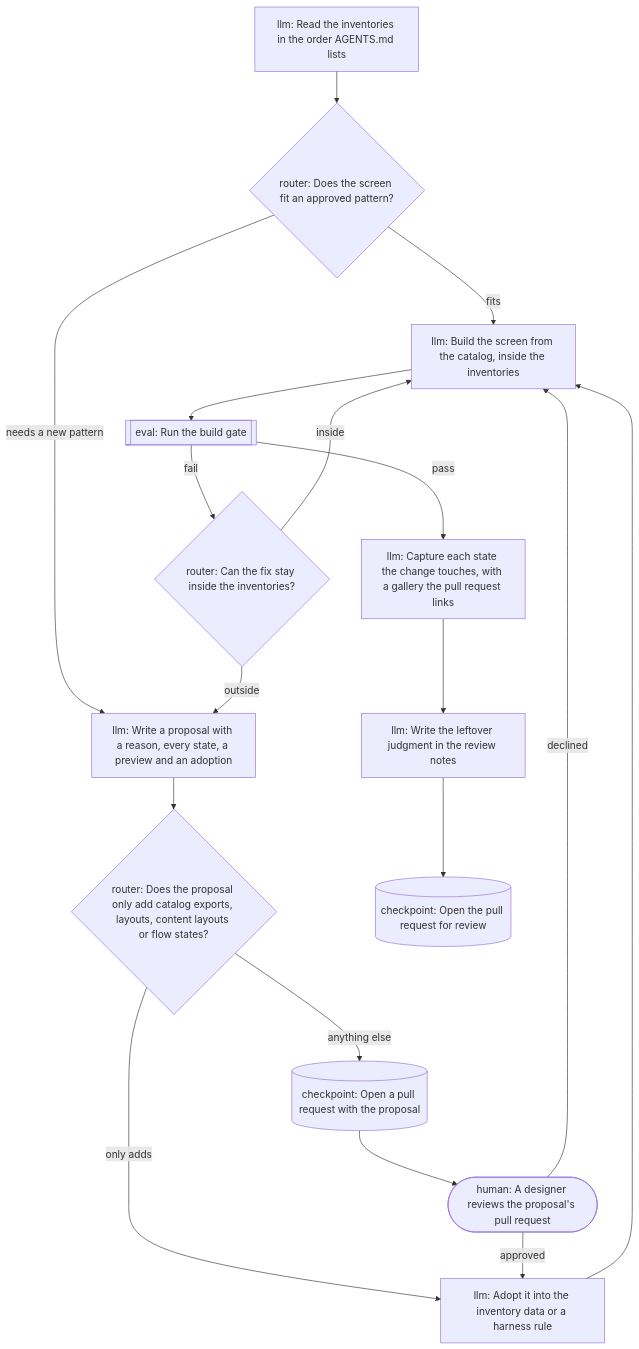
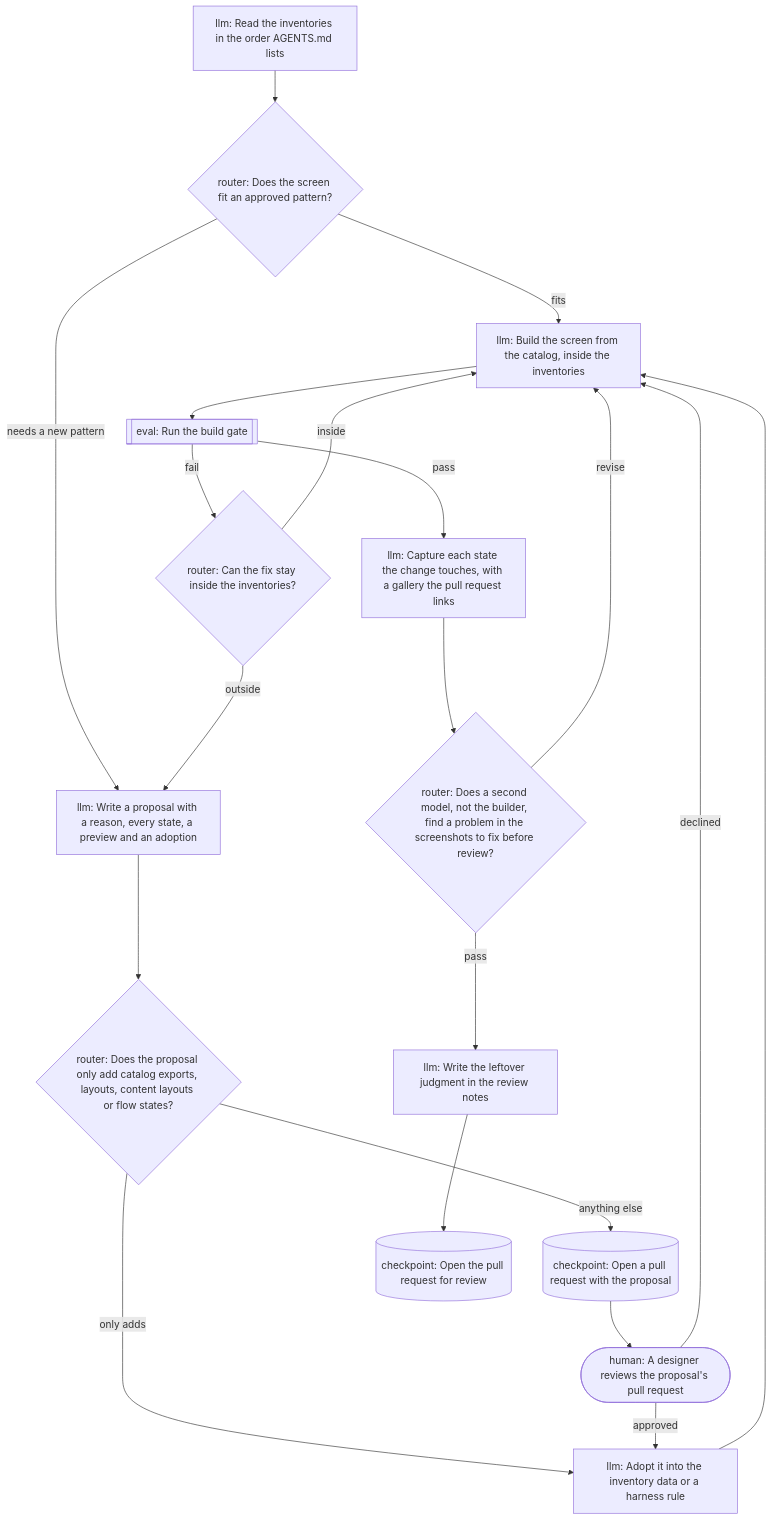
Before and after one commit to tounsoo/agent-design-loop: the third of 7 diagrams in packages/harness/docs/how-it-works.md, drawn with Mermaid. The commit also changed other lines of this file and 15 other files, not shown here.

First line of the commit message:
Add a critique step after screenshots, with an edge back to build

````diff
--- a/packages/harness/docs/how-it-works.md
+++ b/packages/harness/docs/how-it-works.md
@@ -87,33 +87,36 @@
 ```mermaid
 flowchart TB
   n_read["llm: Read the inventories in the order AGENTS.md lists"]
   n_route{"router: Does the screen fit an approved pattern?"}
   n_build["llm: Build the screen from the catalog, inside the inventories"]
   n_checks[["eval: Run the build gate"]]
   n_triage{"router: Can the fix stay inside the inventories?"}
   n_propose["llm: Write a proposal with a reason, every state, a preview and an adoption"]
   n_scope{"router: Does the proposal only add catalog exports, layouts, content layouts or flow states?"}
   n_proposal_pull_request[("checkpoint: Open a pull request with the proposal")]
   n_approval(["human: A designer reviews the proposal's pull request"])
   n_adopt["llm: Adopt it into the inventory data or a harness rule"]
   n_screenshots["llm: Capture each state the change touches, with a gallery the pull request links"]
+  n_critique{"router: Does a second model, not the builder, find a problem in the screenshots to fix before review?"}
   n_note["llm: Write the leftover judgment in the review notes"]
   n_pull_request[("checkpoint: Open the pull request for review")]
   n_read --> n_route
   n_route -->|fits| n_build
   n_route -->|needs a new pattern| n_propose
   n_build --> n_checks
   n_checks -->|pass| n_screenshots
   n_checks -->|fail| n_triage
   n_triage -->|inside| n_build
   n_triage -->|outside| n_propose
   n_propose --> n_scope
   n_scope -->|only adds| n_adopt
   n_scope -->|anything else| n_proposal_pull_request
   n_proposal_pull_request --> n_approval
   n_approval -->|approved| n_adopt
   n_approval -->|declined| n_build
   n_adopt --> n_build
-  n_screenshots --> n_note
+  n_screenshots --> n_critique
+  n_critique -->|revise| n_build
+  n_critique -->|pass| n_note
   n_note --> n_pull_request
 ```
````
